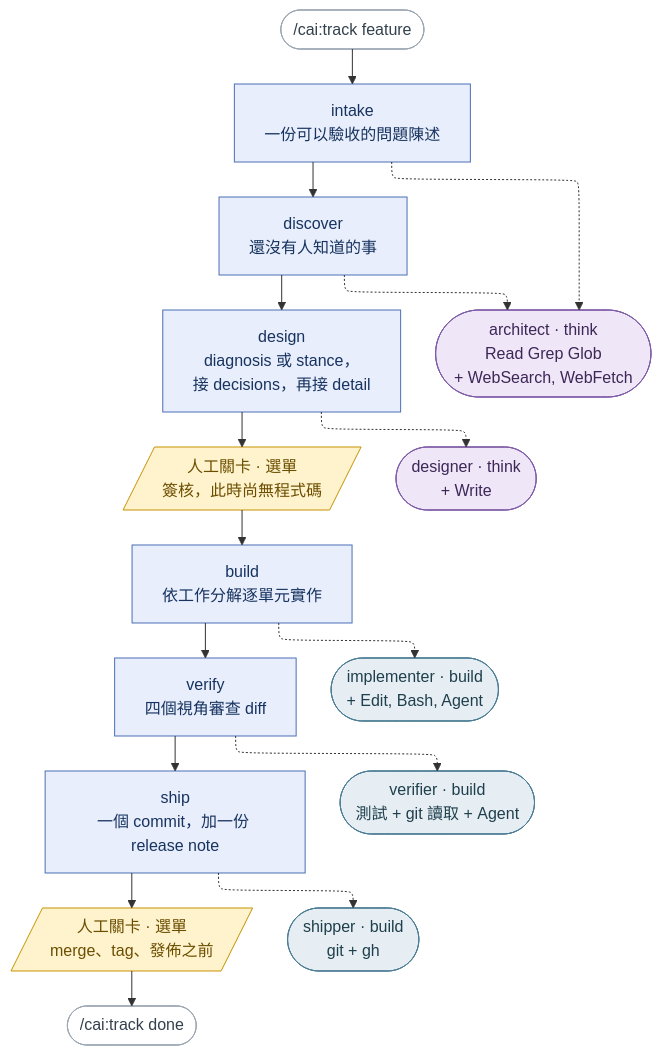
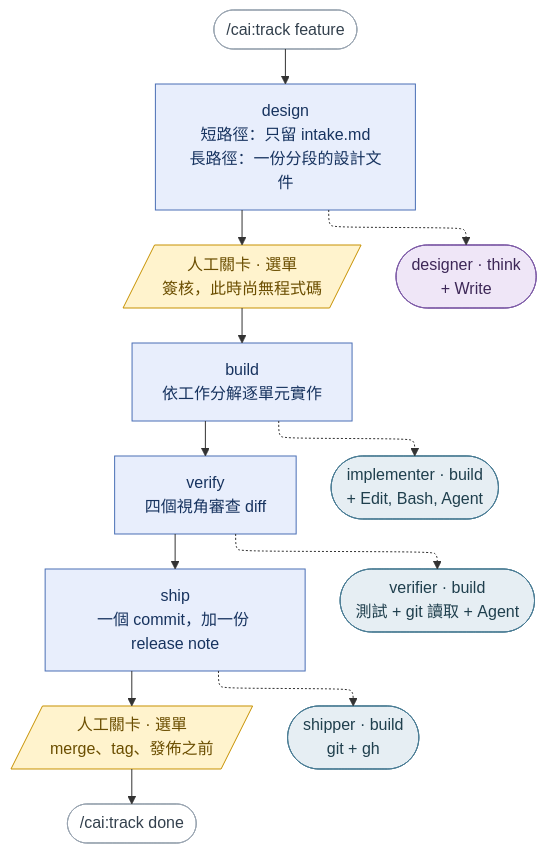
The diagram in README.zh-TW.md (millerlai/claude-all-in-one), drawn with Mermaid before and after one commit. The commit also changed other lines of this file and 146 other files, not shown here.

First line of the commit message:
feat(track): merge intake, discover and design into one design stage (#478)

````diff
--- a/README.zh-TW.md
+++ b/README.zh-TW.md
@@ -20,43 +20,38 @@
 ```mermaid
 ---
 config:
   flowchart:
     defaultRenderer: "elk"
 ---
 flowchart TB
     START(["/cai:track feature"]) --> S1
 
-    S1["intake<br/>一份可以驗收的問題陳述"] --> S2
-    S2["discover<br/>還沒有人知道的事"] --> S3
-    S3["design<br/>diagnosis 或 stance，<br/>接 decisions，再接 detail"] --> HG1
-    HG1[/"人工關卡 · 選單<br/>簽核，此時尚無程式碼"/] --> S4
-    S4["build<br/>依工作分解逐單元實作"] --> S5
-    S5["verify<br/>四個視角審查 diff"] --> S6
-    S6["ship<br/>一個 commit，加一份 release note"] --> HG2
+    S1["design<br/>短路徑：只留 intake.md<br/>長路徑：一份分段的設計文件"] --> HG1
+    HG1[/"人工關卡 · 選單<br/>簽核，此時尚無程式碼"/] --> S2
+    S2["build<br/>依工作分解逐單元實作"] --> S3
+    S3["verify<br/>四個視角審查 diff"] --> S4
+    S4["ship<br/>一個 commit，加一份 release note"] --> HG2
     HG2[/"人工關卡 · 選單<br/>merge、tag、發佈之前"/] --> DONE(["/cai:track done"])
 
-    S1 -.-> AR
-    S2 -.-> AR
-    S3 -.-> DE
-    S4 -.-> IM
-    S5 -.-> VE
-    S6 -.-> SH
+    S1 -.-> DE
+    S2 -.-> IM
+    S3 -.-> VE
+    S4 -.-> SH
 
-    AR(["architect · think<br/>Read Grep Glob<br/>+ WebSearch, WebFetch"])
     DE(["designer · think<br/>+ Write"])
     IM(["implementer · build<br/>+ Edit, Bash, Agent"])
     VE(["verifier · build<br/>測試 + git 讀取 + Agent"])
     SH(["shipper · build<br/>git + gh"])
 
     classDef stage fill:#e8eefc,stroke:#4a6fb5,color:#17335f
     classDef human fill:#fff3cd,stroke:#c79100,color:#6b4e00
     classDef think fill:#efe6f7,stroke:#7d5ba6,color:#3d2757
     classDef build fill:#e6eef3,stroke:#4a7c94,color:#1f3f4d
     classDef ends fill:#ffffff,stroke:#9aa5b1,color:#33404d
 
-    class S1,S2,S3,S4,S5,S6 stage
+    class S1,S2,S3,S4 stage
     class HG1,HG2 human
-    class AR,DE think
+    class DE think
     class IM,VE,SH build
     class START,DONE ends
 ```
````
